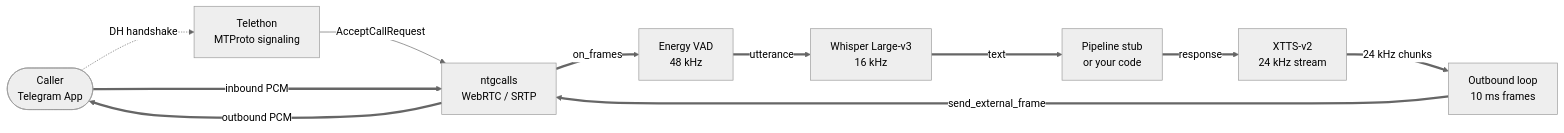
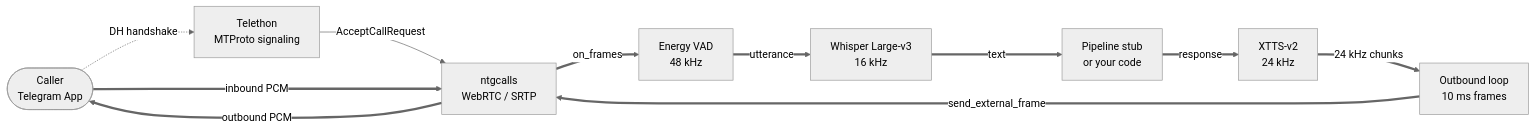
Before and after one commit to TxPKev/novamind-telegram-voice: the diagram in README.md, drawn with Mermaid (neutral theme). The commit also changed other lines of this file, not shown here.

````diff
--- a/README.md
+++ b/README.md
@@ -66,22 +66,22 @@
 ```mermaid
 flowchart LR
     Caller([Caller<br/>Telegram App])
     Tele[Telethon<br/>MTProto signaling]
     NTG[ntgcalls<br/>WebRTC / SRTP]
     VAD[Energy VAD<br/>48 kHz]
     STT[Whisper Large-v3<br/>16 kHz]
     PIPE[Pipeline stub<br/>or your code]
-    TTS[XTTS-v2<br/>24 kHz stream]
+    TTS[XTTS-v2<br/>24 kHz]
     OUT[Outbound loop<br/>10 ms frames]
 
     Caller -.->|DH handshake| Tele
     Tele -->|AcceptCallRequest| NTG
     Caller ==>|inbound PCM| NTG
     NTG ==>|on_frames| VAD
     VAD ==>|utterance| STT
     STT ==>|text| PIPE
     PIPE ==>|response| TTS
     TTS ==>|24 kHz chunks| OUT
     OUT ==>|send_external_frame| NTG
     NTG ==>|outbound PCM| Caller
 ```
````
